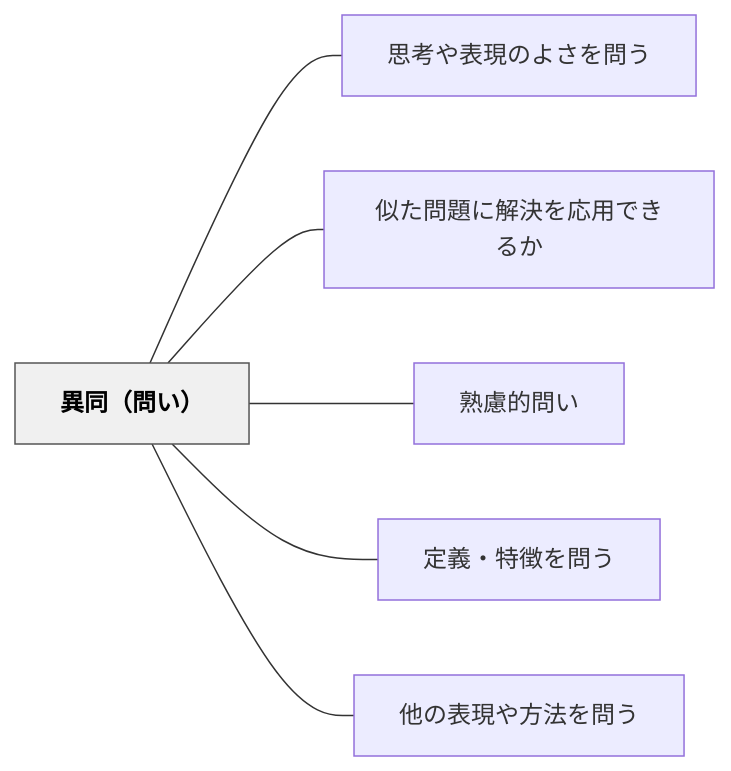
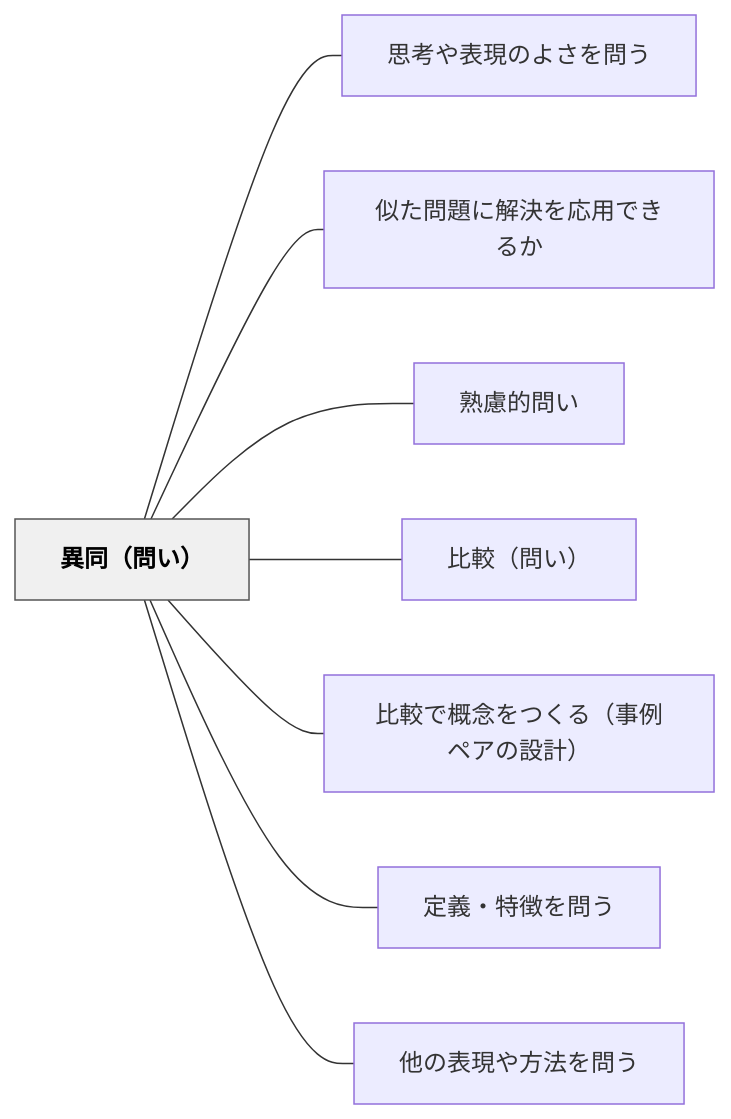
The diagram in content/パタン/異同（問い）.md (unknownthings-ed-patterns/unknownthings-ed-patterns), drawn with Mermaid before and after one commit. The commit also changed other lines of this file and 5 other files, not shown here.

````diff
--- a/content/パタン/異同（問い）.md
+++ b/content/パタン/異同（問い）.md
@@ -42,18 +44,22 @@
 ```mermaid
 flowchart LR
     ne795b0e5908cefbc88e5958fe38184efbc89["異同（問い）"]
     ne6809de88083e38284e8a1a8e78fbee381aee38288e38195e38292e5958fe38186["思考や表現のよさを問う"]
     ne4bcbce3819fe5958fe9a18ce381abe8a7a3e6b1bae38292e5bf9ce794a8e381a7e3818de3828be3818b["似た問題に解決を応用できるか"]
     ne7869fe685aee79a84e5958fe38184["熟慮的問い"]
+    ne6af94e8bc83efbc88e5958fe38184efbc89["比較（問い）"]
+    ne6af94e8bc83e381a7e6a682e5bfb5e38292e381a4e3818fe3828befbc88e4ba8be4be8be3839ae382a2e381aee8a8ade8a888efbc89["比較で概念をつくる（事例ペアの設計）"]
     ne5ae9ae7bea9e383bbe789b9e5beb4e38292e5958fe38186["定義・特徴を問う"]
     ne4bb96e381aee8a1a8e78fbee38284e696b9e6b395e38292e5958fe38186["他の表現や方法を問う"]
 
     ne795b0e5908cefbc88e5958fe38184efbc89 --- ne6809de88083e38284e8a1a8e78fbee381aee38288e38195e38292e5958fe38186
     ne795b0e5908cefbc88e5958fe38184efbc89 --- ne4bcbce3819fe5958fe9a18ce381abe8a7a3e6b1bae38292e5bf9ce794a8e381a7e3818de3828be3818b
     ne795b0e5908cefbc88e5958fe38184efbc89 --- ne7869fe685aee79a84e5958fe38184
+    ne795b0e5908cefbc88e5958fe38184efbc89 --- ne6af94e8bc83efbc88e5958fe38184efbc89
+    ne795b0e5908cefbc88e5958fe38184efbc89 --- ne6af94e8bc83e381a7e6a682e5bfb5e38292e381a4e3818fe3828befbc88e4ba8be4be8be3839ae382a2e381aee8a8ade8a888efbc89
     ne795b0e5908cefbc88e5958fe38184efbc89 --- ne5ae9ae7bea9e383bbe789b9e5beb4e38292e5958fe38186
     ne795b0e5908cefbc88e5958fe38184efbc89 --- ne4bb96e381aee8a1a8e78fbee38284e696b9e6b395e38292e5958fe38186
 
     classDef hub fill:#f0f0f0,stroke:#555,color:#000,font-weight:bold
     class ne795b0e5908cefbc88e5958fe38184efbc89 hub
 ```
````
